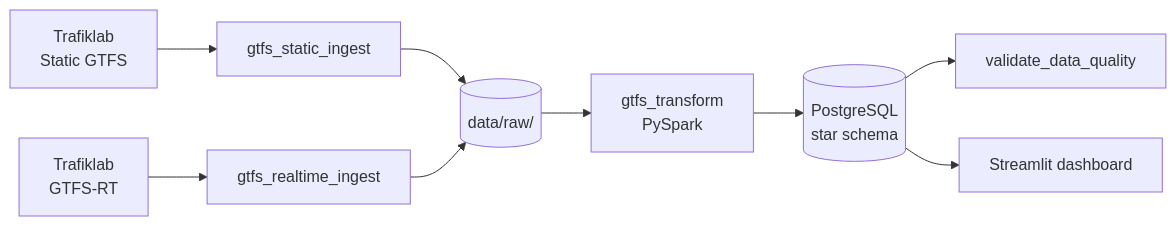
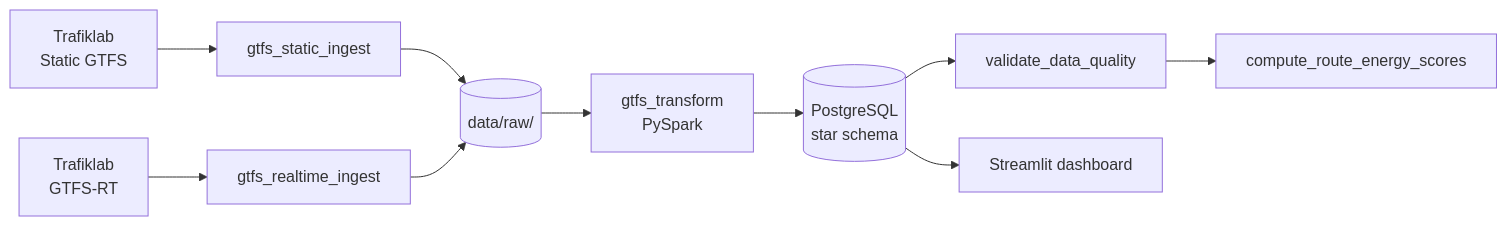
One commit to gvarun20/Real_Time_Delay_Analytics_Swedish_Public_Transport changed the diagram in README.md. Above: the diagram before and after it, drawn with Mermaid. The commit also changed other lines of this file and 1 other file, not shown here.

````diff
--- a/README.md
+++ b/README.md
@@ -111,11 +152,12 @@
 ```mermaid
 flowchart LR
     A[Trafiklab<br/>Static GTFS] --> B[gtfs_static_ingest]
     C[Trafiklab<br/>GTFS-RT] --> D[gtfs_realtime_ingest]
     B --> E[(data/raw/)]
     D --> E
     E --> F[gtfs_transform<br/>PySpark]
     F --> G[(PostgreSQL<br/>star schema)]
     G --> H[validate_data_quality]
+    H --> J[compute_route_energy_scores]
     G --> I[Streamlit dashboard]
 ```
````
